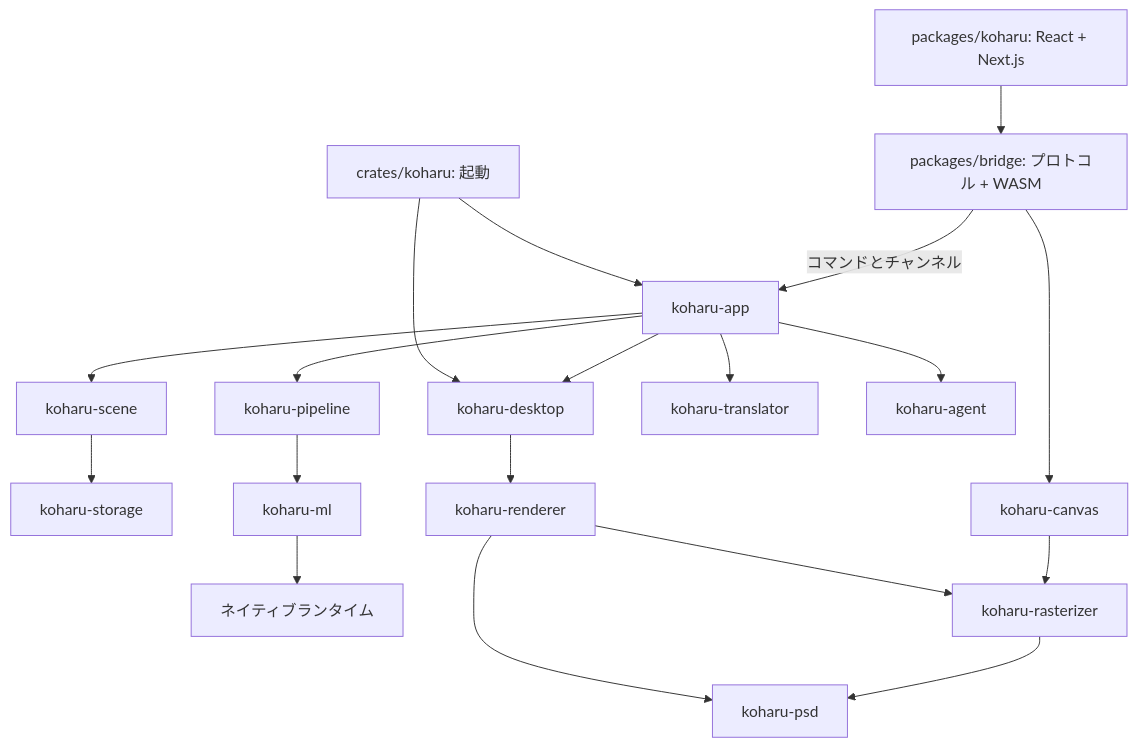
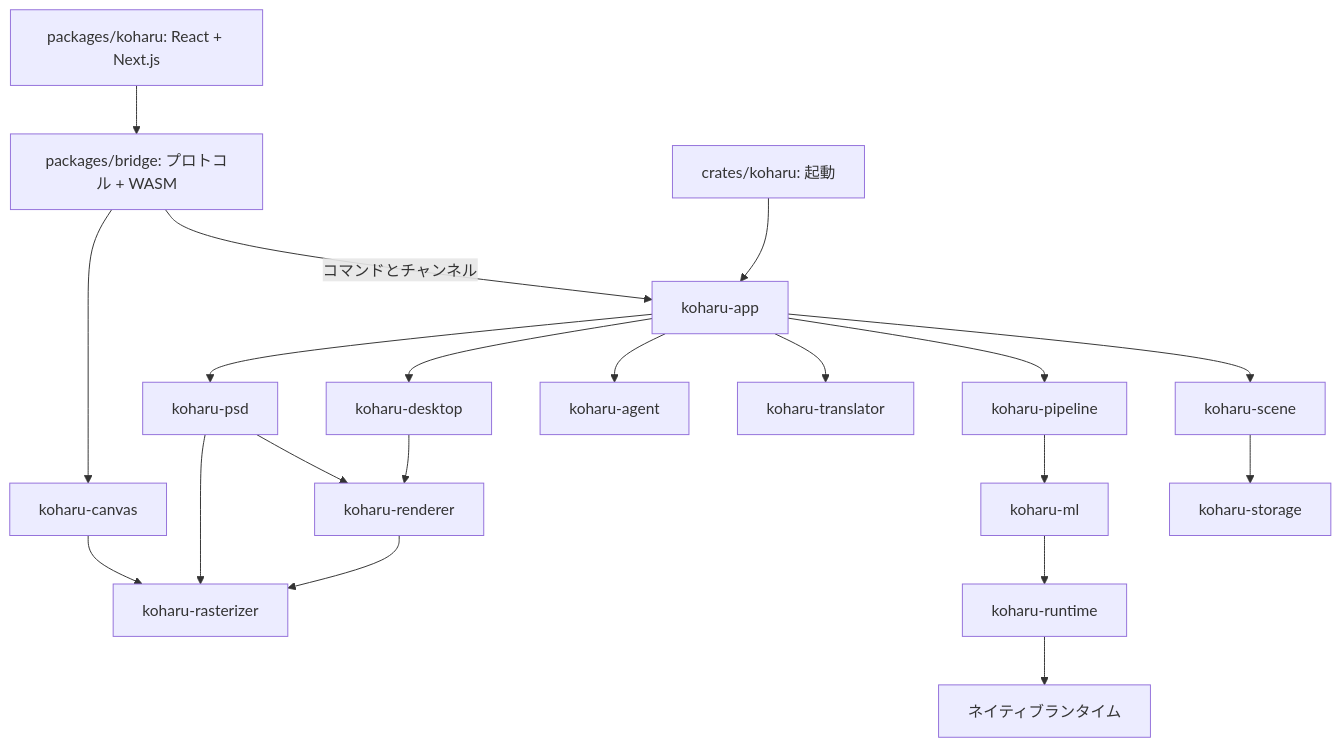
One commit to GarryMS/koharu changed the diagram in packages/docs/ja/development/architecture.mdx. Above: the diagram before and after it, drawn with Mermaid. The commit also changed other lines of this file and 69 other files, not shown here.

````diff
--- a/packages/docs/ja/development/architecture.mdx
+++ b/packages/docs/ja/development/architecture.mdx
@@ -9,15 +9,14 @@
 ```mermaid
 flowchart TB
   ui["packages/koharu: React + Next.js"] --> bridge["packages/bridge: プロトコル + WASM"]
   entry["crates/koharu: 起動"] --> app["koharu-app"]
-  entry --> desktop["koharu-desktop"]
   bridge -->|"コマンドとチャンネル"| app
   app --> scene["koharu-scene"] --> storage["koharu-storage"]
-  app --> pipeline["koharu-pipeline"] --> ml["koharu-ml"] --> runtime["ネイティブランタイム"]
+  app --> pipeline["koharu-pipeline"] --> ml["koharu-ml"] --> runtime["koharu-runtime"] --> native["ネイティブランタイム"]
   app --> translator["koharu-translator"]
   app --> agent["koharu-agent"]
-  app --> desktop --> renderer["koharu-renderer"] --> rasterizer["koharu-rasterizer"]
+  app --> desktop["koharu-desktop"] --> renderer["koharu-renderer"] --> rasterizer["koharu-rasterizer"]
   bridge --> canvas["koharu-canvas"] --> rasterizer
-  renderer --> psd["koharu-psd"]
-  rasterizer --> psd
+  app --> psd["koharu-psd"] --> renderer
+  psd --> rasterizer
 ```
````
